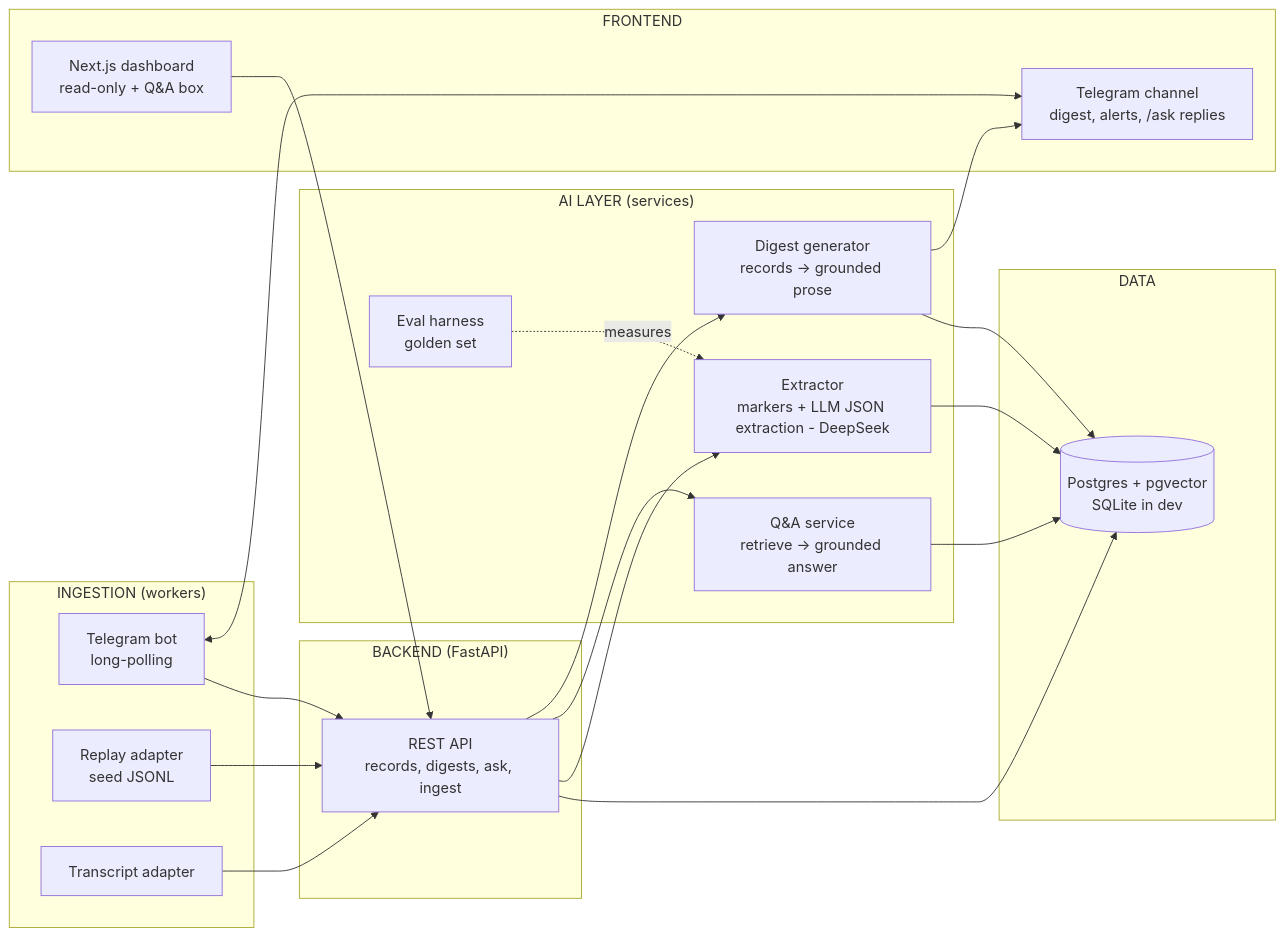
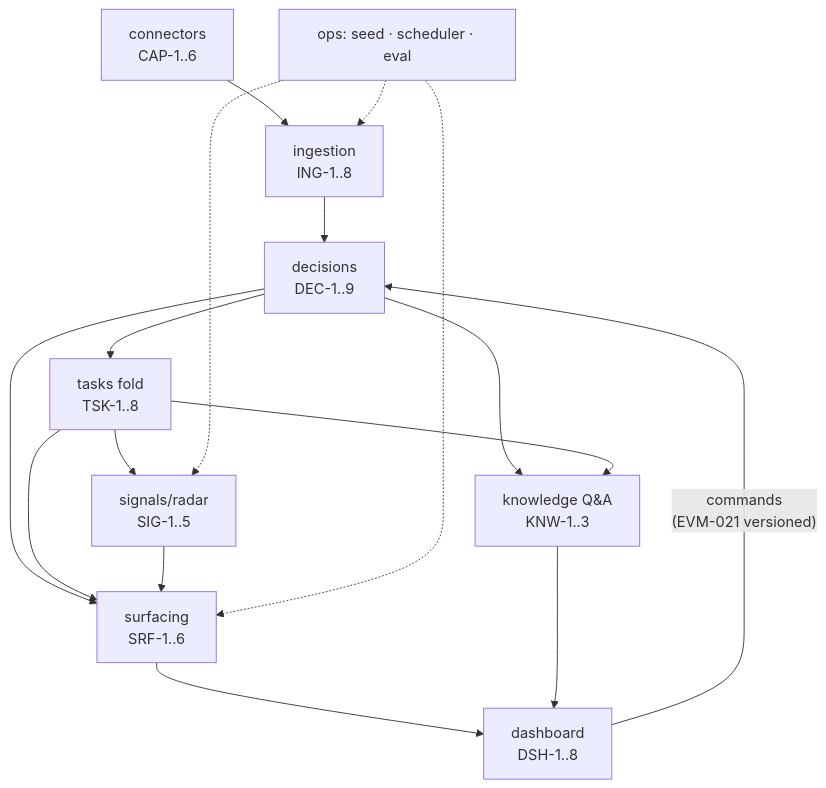
The diagram in ai-docs/features.md (qdgiang/ai-innovation-hkt), drawn with Mermaid before and after one commit. The commit also changed other lines of this file and 37 other files, not shown here.

First line of the commit message:
Great reset: delete drifted code + stale build docs, write rev-13-grounded guidance set

````diff
--- a/ai-docs/features.md
+++ b/ai-docs/features.md
@@ -124,43 +398,16 @@
 ```mermaid
-flowchart LR
-  subgraph Ingestion["INGESTION (workers)"]
-    TG[Telegram bot<br/>long-polling]
-    RP[Replay adapter<br/>seed JSONL]
-    TR[Transcript adapter]
-  end
-
-  subgraph AI["AI LAYER (services)"]
-    EX[Extractor<br/>markers + LLM JSON extraction - DeepSeek]
-    QA[Q&A service<br/>retrieve → grounded answer]
-    DG[Digest generator<br/>records → grounded prose]
-    EV[Eval harness<br/>golden set]
-  end
-
-  subgraph Backend["BACKEND (FastAPI)"]
-    API[REST API<br/>records, digests, ask, ingest]
-  end
-
-  subgraph Data["DATA"]
-    DB[(Postgres + pgvector<br/>SQLite in dev)]
-  end
-
-  subgraph Frontend["FRONTEND"]
-    WEB[Next.js dashboard<br/>read-only + Q&A box]
-    TGOUT[Telegram channel<br/>digest, alerts, /ask replies]
-  end
-
-  TG --> API
-  RP --> API
-  TR --> API
-  API --> DB
-  API --> EX
-  EX --> DB
-  EV -.measures.-> EX
-  WEB --> API
-  API --> QA
-  API --> DG
-  QA --> DB
-  DG --> DB
-  DG --> TGOUT
-  TG <--> TGOUT
+flowchart TD
+  CAP[connectors<br/>CAP-1..6] --> ING[ingestion<br/>ING-1..8]
+  ING --> DEC[decisions<br/>DEC-1..9]
+  DEC --> TSK[tasks fold<br/>TSK-1..8]
+  DEC --> SRF[surfacing<br/>SRF-1..6]
+  TSK --> SIG[signals/radar<br/>SIG-1..5]
+  TSK --> SRF
+  SIG --> SRF
+  DEC --> KNW[knowledge Q&A<br/>KNW-1..3]
+  TSK --> KNW
+  SRF --> DSH[dashboard<br/>DSH-1..8]
+  KNW --> DSH
+  DSH -- commands<br/>(EVM-021 versioned) --> DEC
+  OPS[ops: seed · scheduler · eval] -.-> ING & SIG & SRF
 ```
````
